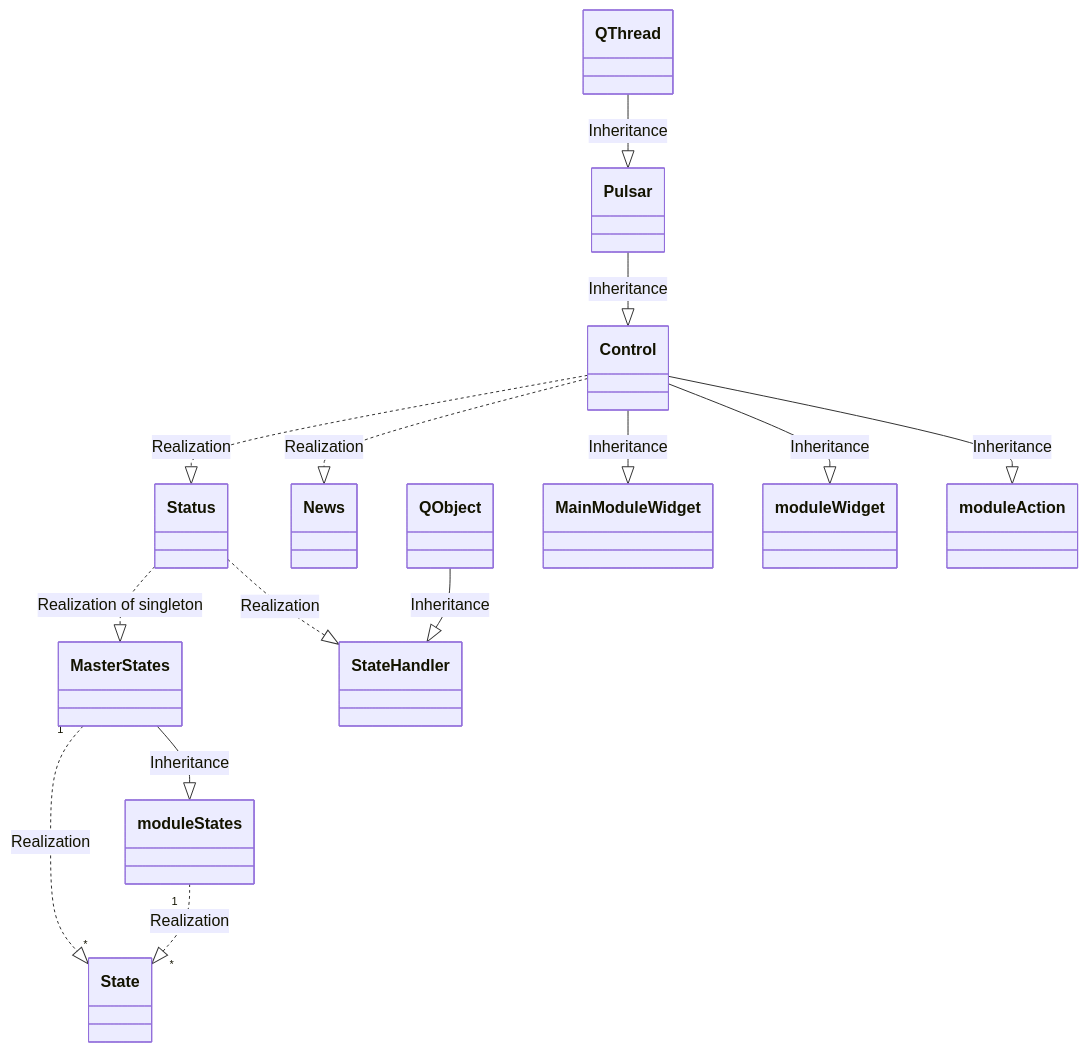
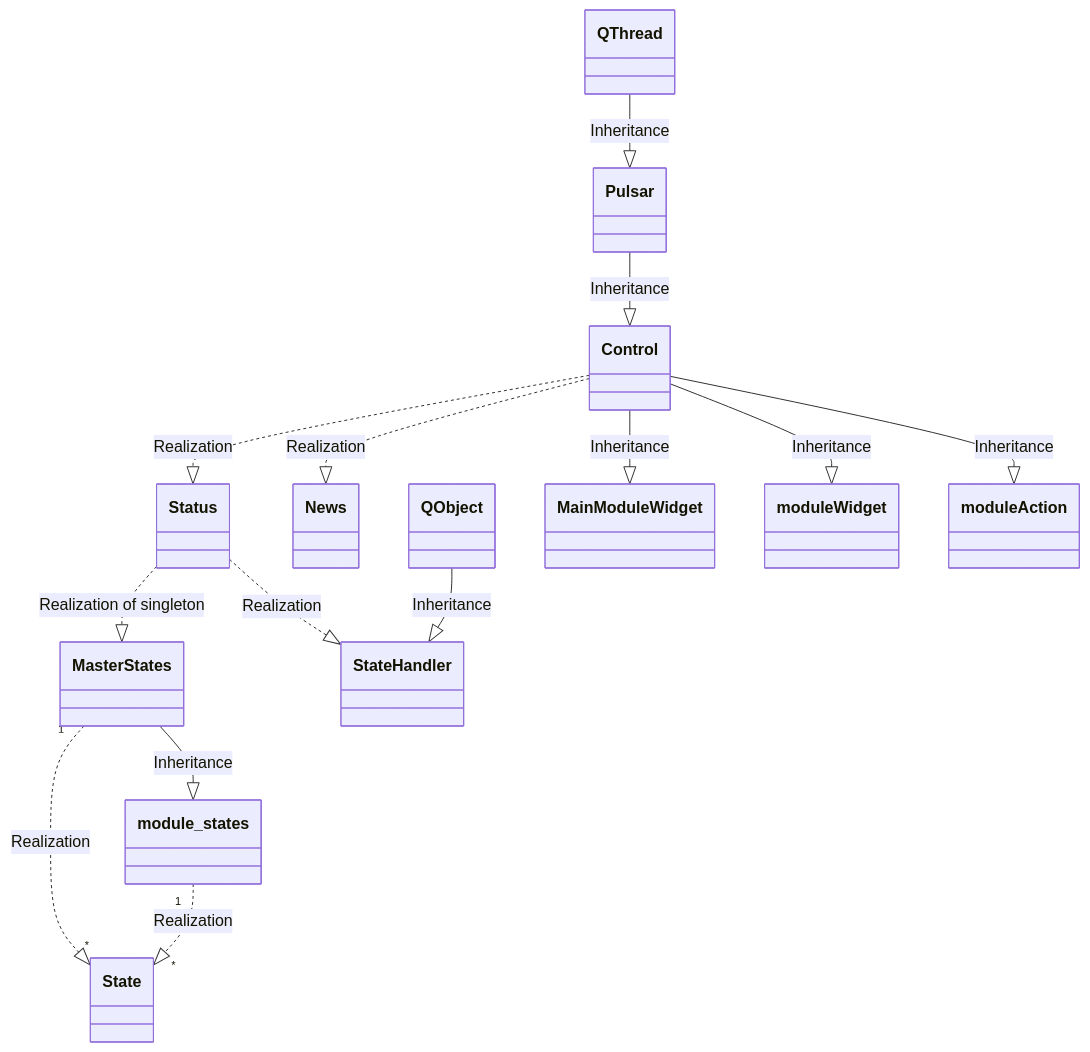
The diagram in docs/process.md (tud-hri/joan), drawn with Mermaid before and after one commit. The commit also changed 31 other files, not shown here.

````diff
--- a/docs/process.md
+++ b/docs/process.md
@@ -14,29 +14,29 @@
 ```mermaid
     classDiagram
         class Status
         class News
         class State
         class MasterStates
         class StateHandler
         class Pulsar
         class QObject
         class QThread
         class MainModuleWidget
         class moduleWidget
         class moduleAction
-        class moduleStates
+        class module_states
 
         MasterStates "1" ..|> "*" State : Realization
         Status ..|> MasterStates : Realization of singleton
         Status ..|> StateHandler : Realization
         QObject --|> StateHandler : Inheritance
         QThread --|> Pulsar : Inheritance
         Pulsar --|> Control : Inheritance
         Control ..|> Status : Realization
         Control ..|> News : Realization
         Control --|> moduleWidget : Inheritance
         Control --|> moduleAction : Inheritance
         Control  --|> MainModuleWidget : Inheritance
-        MasterStates --|> moduleStates : Inheritance
-        moduleStates "1" ..|> "*" State : Realization
+        MasterStates --|> module_states : Inheritance
+        module_states "1" ..|> "*" State : Realization
 ```
````
